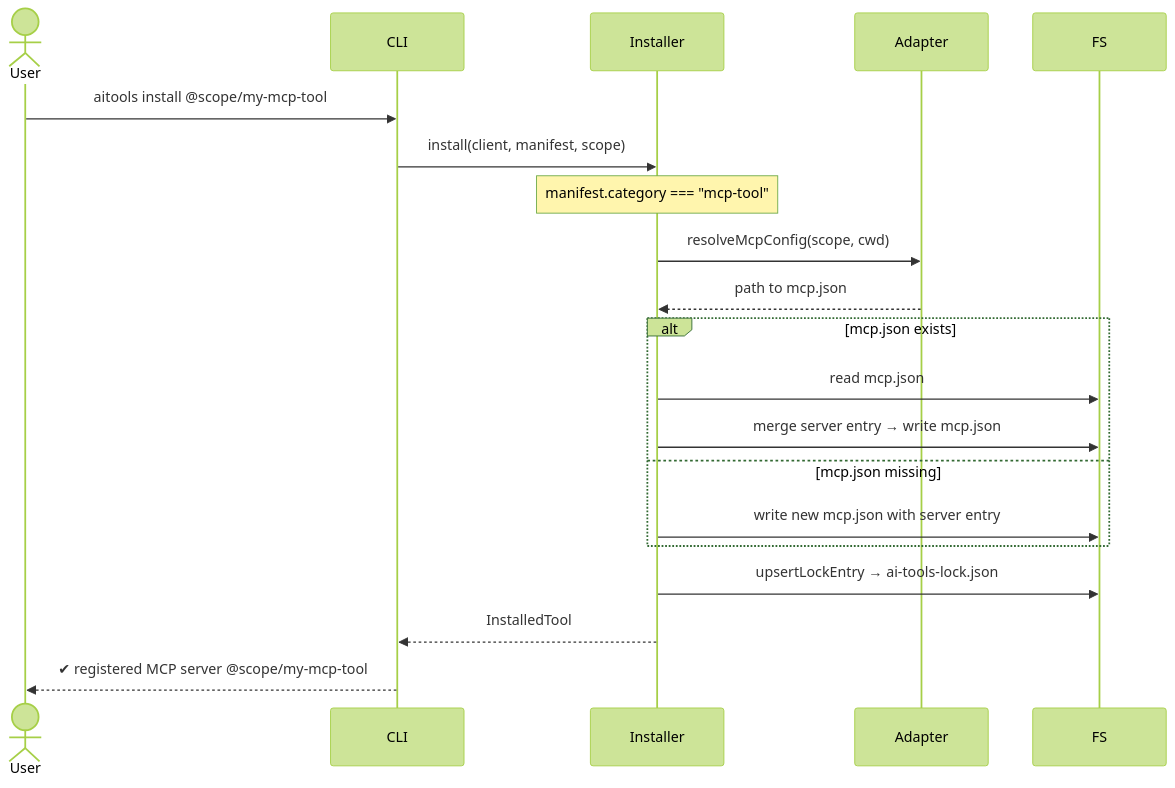
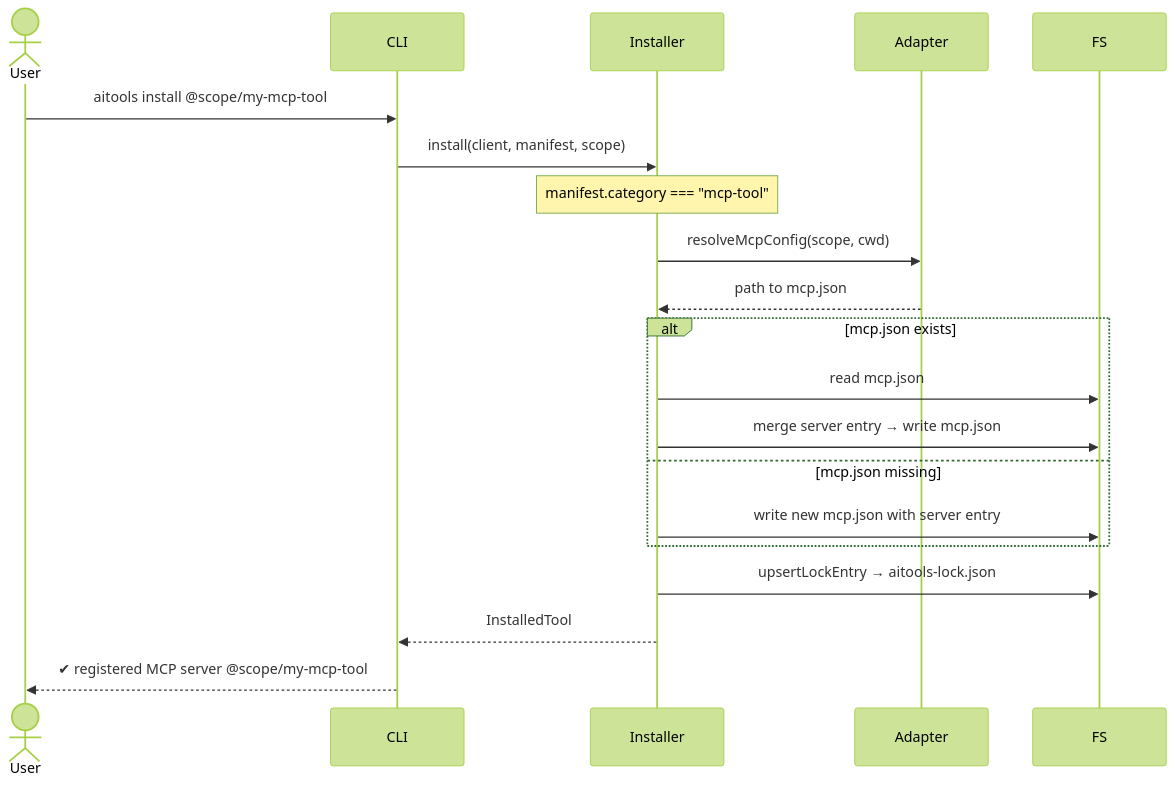
The second of 6 diagrams in docs/design/flows.md (bitgenetics/aitools), drawn with Mermaid (forest theme) before and after one commit. The commit also changed other lines of this file and 132 other files, not shown here.

````diff
--- a/docs/design/flows.md
+++ b/docs/design/flows.md
@@ -72,26 +72,26 @@
 ```mermaid
 sequenceDiagram
     actor User
     participant CLI
     participant Installer
     participant Adapter
     participant FS
 
     User->>CLI: aitools install @scope/my-mcp-tool
     CLI->>Installer: install(client, manifest, scope)
     Note over Installer: manifest.category === "mcp-tool"
 
     Installer->>Adapter: resolveMcpConfig(scope, cwd)
     Adapter-->>Installer: path to mcp.json
 
     alt mcp.json exists
         Installer->>FS: read mcp.json
         Installer->>FS: merge server entry → write mcp.json
     else mcp.json missing
         Installer->>FS: write new mcp.json with server entry
     end
 
-    Installer->>FS: upsertLockEntry → ai-tools-lock.json
+    Installer->>FS: upsertLockEntry → aitools-lock.json
     Installer-->>CLI: InstalledTool
     CLI-->>User: ✔ registered MCP server @scope/my-mcp-tool
 ```
````
